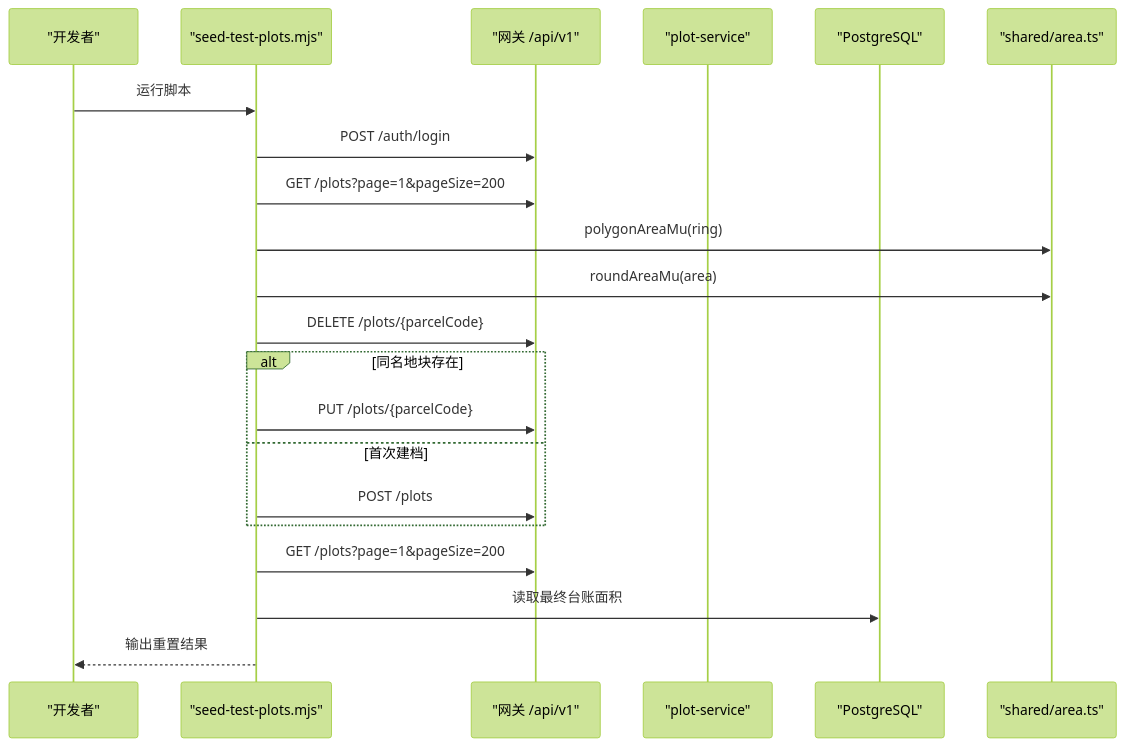
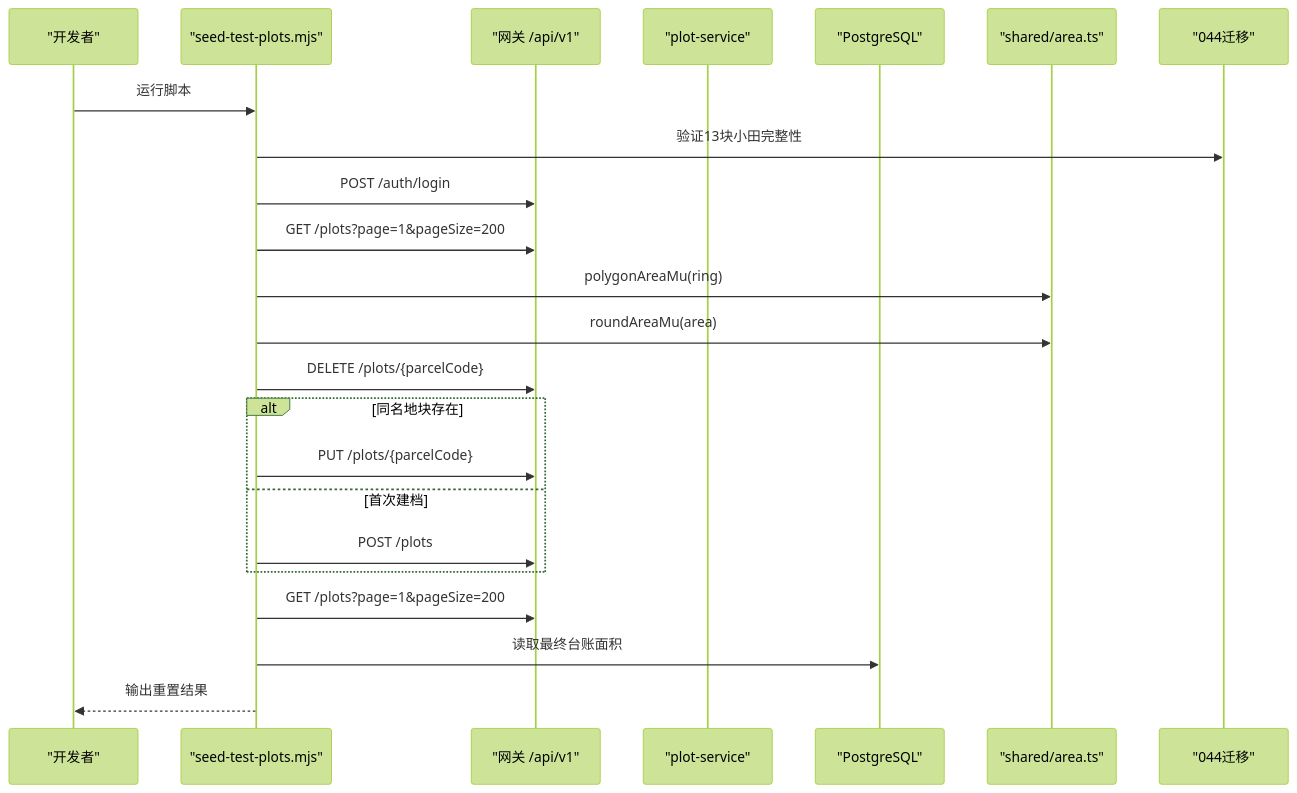
The second of 6 diagrams in .qoder/repowiki/zh/content/基础设施/运维脚本/测试数据管理脚本.md (q446328246/agri-platform), drawn with Mermaid (forest theme) before and after one commit. The commit also changed other lines of this file and 46 other files, not shown here.

````diff
--- a/.qoder/repowiki/zh/content/基础设施/运维脚本/测试数据管理脚本.md
+++ b/.qoder/repowiki/zh/content/基础设施/运维脚本/测试数据管理脚本.md
@@ -137,23 +150,25 @@
 ```mermaid
 sequenceDiagram
 participant Dev as "开发者"
 participant Seed as "seed-test-plots.mjs"
 participant GW as "网关 /api/v1"
 participant Plot as "plot-service"
 participant DB as "PostgreSQL"
 participant Area as "shared/area.ts"
+participant Migration as "044迁移"
 Dev->>Seed : 运行脚本
+Seed->>Migration : 验证13块小田完整性
 Seed->>GW : POST /auth/login
 Seed->>GW : GET /plots?page=1&pageSize=200
 Seed->>Area : polygonAreaMu(ring)
 Seed->>Area : roundAreaMu(area)
 Seed->>GW : DELETE /plots/{parcelCode}
 alt 同名地块存在
 Seed->>GW : PUT /plots/{parcelCode}
 else 首次建档
 Seed->>GW : POST /plots
 end
 Seed->>GW : GET /plots?page=1&pageSize=200
 Seed->>DB : 读取最终台账面积
 Seed-->>Dev : 输出重置结果
 ```
````
